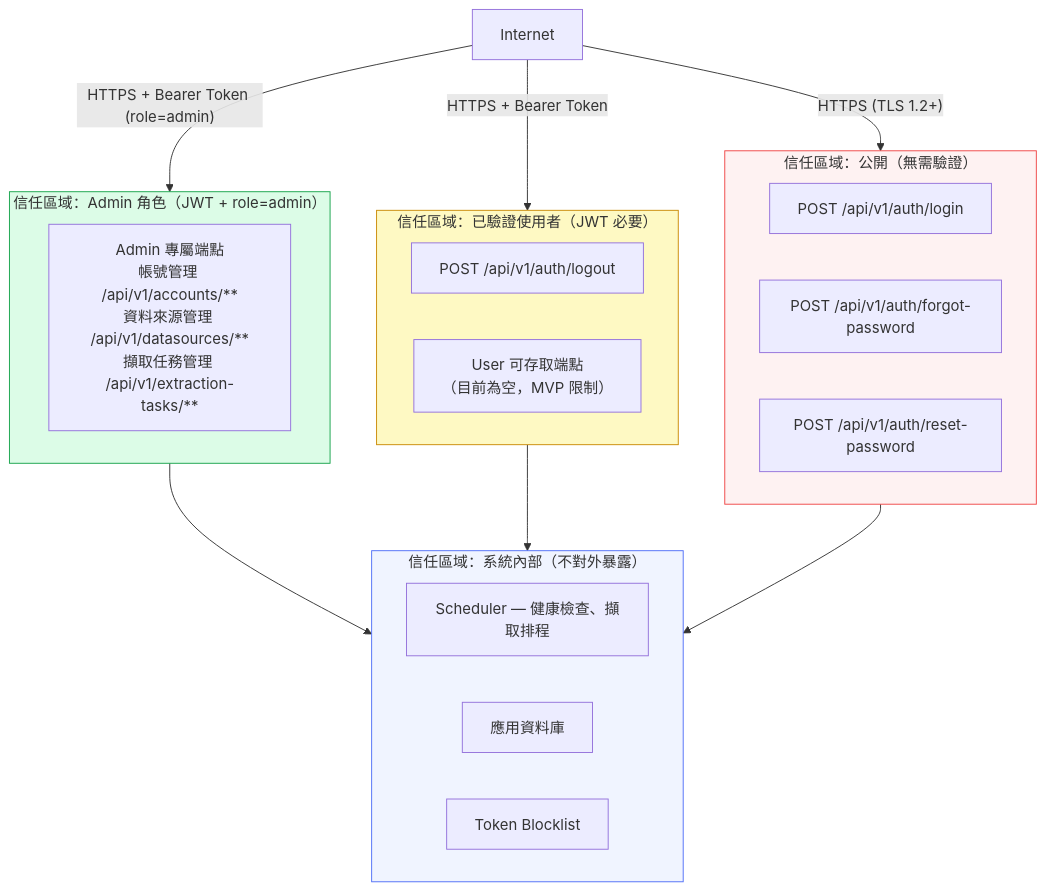
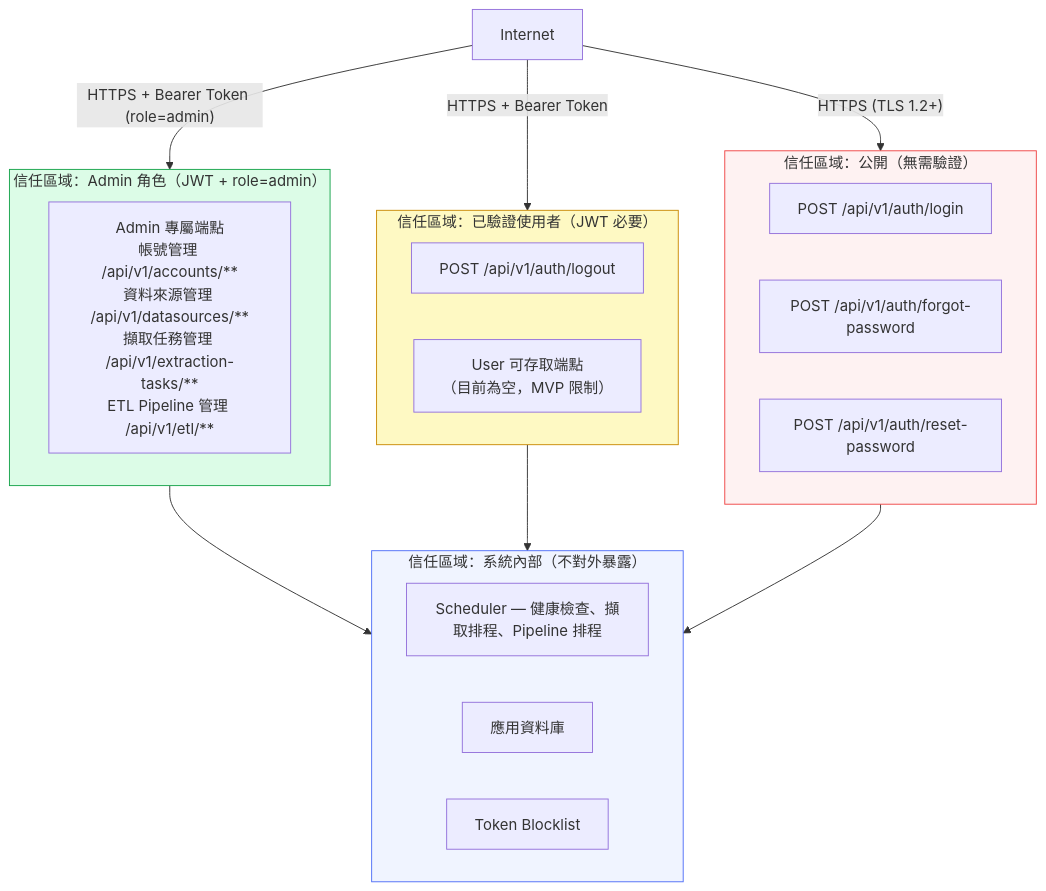
The third of 13 diagrams in docs/specs/architecture-spec.md (wisewhalesoft/cdmp-mvp), drawn with Mermaid before and after one commit. The commit also changed other lines of this file, not shown here.

Commit message:
docs(specs): 更新架構規格書以納入 E05 ETL Pipeline 架構設計（v1.3）

````diff
--- a/docs/specs/architecture-spec.md
+++ b/docs/specs/architecture-spec.md
@@ -152,39 +162,39 @@
 ```mermaid
 graph TB
     subgraph TZ_Public["信任區域：公開（無需驗證）"]
         Login["POST /api/v1/auth/login"]
         ForgotPw["POST /api/v1/auth/forgot-password"]
         ResetPw["POST /api/v1/auth/reset-password"]
     end
 
     subgraph TZ_Auth["信任區域：已驗證使用者（JWT 必要）"]
         Logout["POST /api/v1/auth/logout"]
         UserEndpoints["User 可存取端點<br/>（目前為空，MVP 限制）"]
     end
 
     subgraph TZ_Admin["信任區域：Admin 角色（JWT + role=admin）"]
-        AdminEndpoints["Admin 專屬端點<br/>帳號管理 /api/v1/accounts/**<br/>資料來源管理 /api/v1/datasources/**<br/>擷取任務管理 /api/v1/extraction-tasks/**"]
+        AdminEndpoints["Admin 專屬端點<br/>帳號管理 /api/v1/accounts/**<br/>資料來源管理 /api/v1/datasources/**<br/>擷取任務管理 /api/v1/extraction-tasks/**<br/>ETL Pipeline 管理 /api/v1/etl/**"]
     end
 
     subgraph TZ_Internal["信任區域：系統內部（不對外暴露）"]
-        Scheduler["Scheduler — 健康檢查、擷取排程"]
+        Scheduler["Scheduler — 健康檢查、擷取排程、Pipeline 排程"]
         DB["應用資料庫"]
         TokenStore["Token Blocklist"]
     end
 
     Internet -->|"HTTPS (TLS 1.2+)"| TZ_Public
     Internet -->|"HTTPS + Bearer Token"| TZ_Auth
     Internet -->|"HTTPS + Bearer Token (role=admin)"| TZ_Admin
     TZ_Admin --> TZ_Internal
     TZ_Auth --> TZ_Internal
     TZ_Public --> TZ_Internal
 
     classDef public fill:#fef2f2,stroke:#ef4444
     classDef auth fill:#fef9c3,stroke:#ca8a04
     classDef admin fill:#dcfce7,stroke:#16a34a
     classDef internal fill:#f0f4ff,stroke:#4f6ef7
     class TZ_Public public
     class TZ_Auth auth
     class TZ_Admin admin
     class TZ_Internal internal
 ```
````
